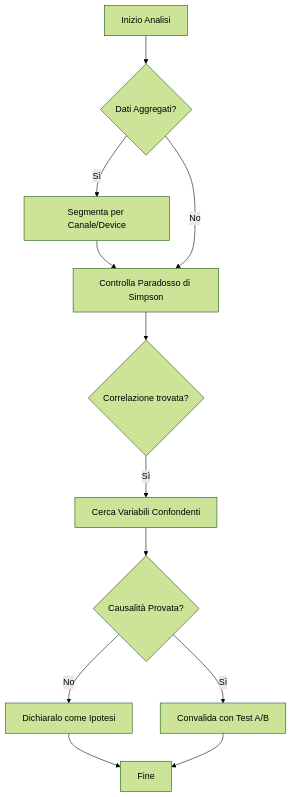
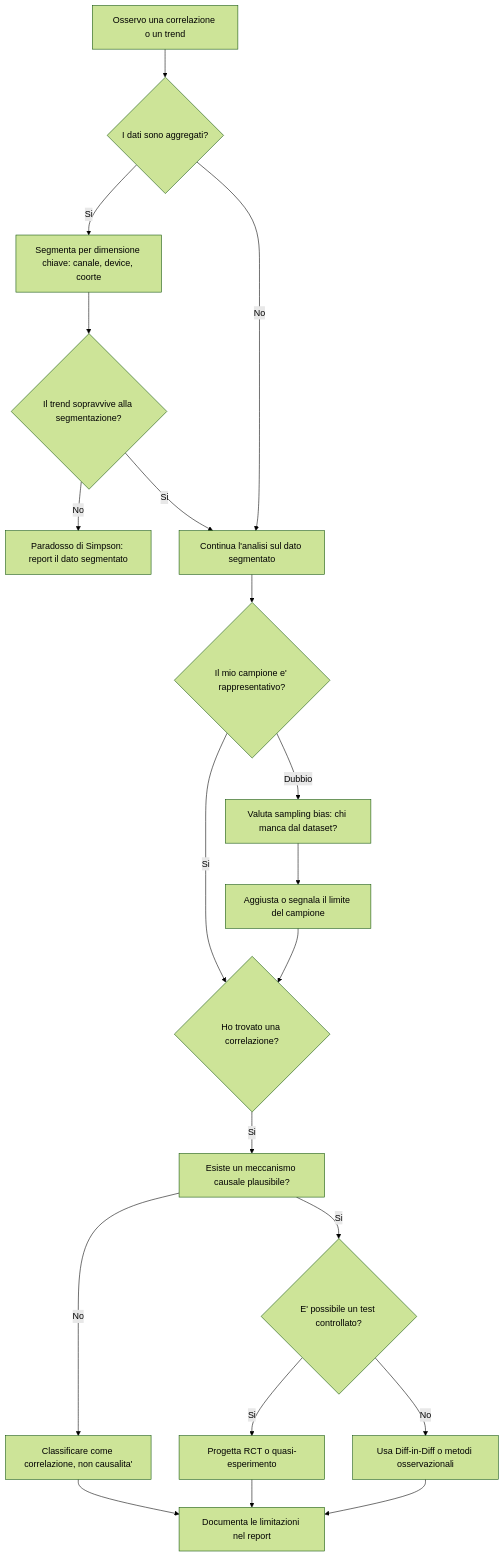
One commit to AndreyBertasini/gynnitech changed the diagram in src/content/blog/analytic-traps.mdx. Above: the diagram before and after it, drawn with Mermaid (forest theme). The commit also changed other lines of this file and 27 other files, not shown here.

First line of the commit message:
content: riscrivi tutti i 28 articoli del blog con esempi reali e profondita'

````diff
--- a/src/content/blog/analytic-traps.mdx
+++ b/src/content/blog/analytic-traps.mdx
@@ -87,14 +183,22 @@
 ```mermaid
 graph TD
-    A[Inizio Analisi] --> B{Dati Aggregati?};
-    B -- Sì --> C[Segmenta per Canale/Device];
-    C --> D[Controlla Paradosso di Simpson];
-    B -- No --> D;
-    D --> E{Correlazione trovata?};
-    E -- Sì --> F[Cerca Variabili Confondenti];
-    F --> G{Causalità Provata?};
-    G -- No --> H[Dichiaralo come Ipotesi];
-    G -- Sì --> I[Convalida con Test A/B];
-    H --> J[Fine];
-    I --> J;
+    A[Osservo una correlazione o un trend] --> B{I dati sono aggregati?}
+    B -- Si --> C[Segmenta per dimensione chiave: canale, device, coorte]
+    C --> D{Il trend sopravvive alla segmentazione?}
+    D -- No --> E[Paradosso di Simpson: report il dato segmentato]
+    D -- Si --> F[Continua l'analisi sul dato segmentato]
+    B -- No --> F
+    F --> G{Il mio campione e' rappresentativo?}
+    G -- Dubbio --> H[Valuta sampling bias: chi manca dal dataset?]
+    H --> I[Aggiusta o segnala il limite del campione]
+    G -- Si --> J{Ho trovato una correlazione?}
+    I --> J
+    J -- Si --> K[Esiste un meccanismo causale plausibile?]
+    K -- No --> L[Classificare come correlazione, non causalita']
+    K -- Si --> M{E' possibile un test controllato?}
+    M -- Si --> N[Progetta RCT o quasi-esperimento]
+    M -- No --> O[Usa Diff-in-Diff o metodi osservazionali]
+    L --> P[Documenta le limitazioni nel report]
+    N --> P
+    O --> P
 ```
````
